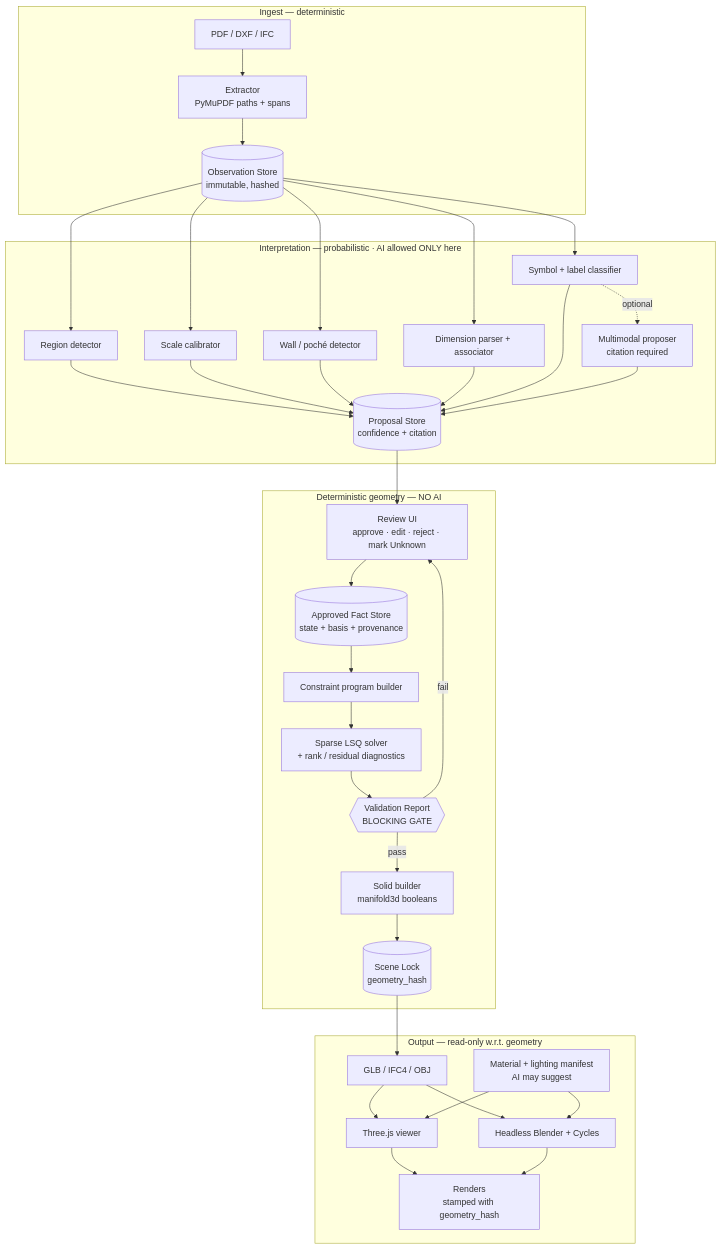
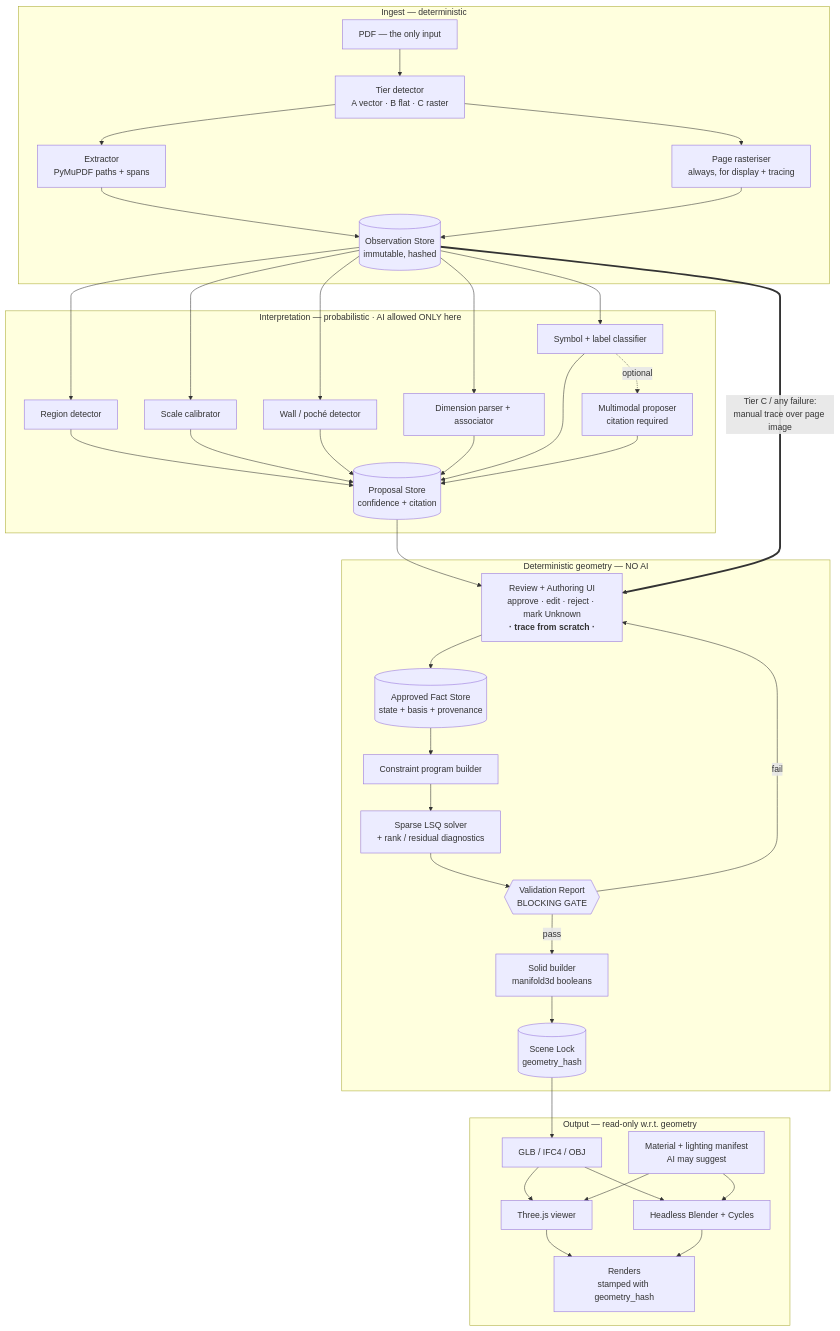
One commit to OrganizedMan/hello-world changed the diagram in docs/plan/pdf-to-3d-development-plan.md. Above: the diagram before and after it, drawn with Mermaid. The commit also changed other lines of this file, not shown here.

````diff
--- a/docs/plan/pdf-to-3d-development-plan.md
+++ b/docs/plan/pdf-to-3d-development-plan.md
@@ -101,37 +113,40 @@
 ```mermaid
 flowchart TB
     subgraph INGEST["Ingest — deterministic"]
-        PDF[PDF / DXF / IFC] --> EX[Extractor<br/>PyMuPDF paths + spans]
-        EX --> OBS[(Observation Store<br/>immutable, hashed)]
+        PDF[PDF — the only input] --> TIER[Tier detector<br/>A vector · B flat · C raster]
+        TIER --> EX[Extractor<br/>PyMuPDF paths + spans]
+        TIER --> RAS[Page rasteriser<br/>always, for display + tracing]
+        EX & RAS --> OBS[(Observation Store<br/>immutable, hashed)]
     end
 
     subgraph INTERP["Interpretation — probabilistic · AI allowed ONLY here"]
         OBS --> RD[Region detector]
         OBS --> CAL[Scale calibrator]
         OBS --> WD[Wall / poché detector]
         OBS --> DIM[Dimension parser + associator]
         OBS --> SYM[Symbol + label classifier]
         SYM -.optional.-> VLM[Multimodal proposer<br/>citation required]
         RD & CAL & WD & DIM & SYM & VLM --> PROP[(Proposal Store<br/>confidence + citation)]
     end
 
-    PROP --> REVIEW["Review UI<br/>approve · edit · reject · mark Unknown"]
+    PROP --> REVIEW["Review + Authoring UI<br/>approve · edit · reject · mark Unknown<br/><b>· trace from scratch ·</b>"]
+    OBS ==>|"Tier C / any failure:<br/>manual trace over page image"| REVIEW
     REVIEW --> FACTS[(Approved Fact Store<br/>state + basis + provenance)]
 
     subgraph DET["Deterministic geometry — NO AI"]
         FACTS --> CP[Constraint program builder]
         CP --> SOLVE[Sparse LSQ solver<br/>+ rank / residual diagnostics]
         SOLVE --> VR{{Validation Report<br/>BLOCKING GATE}}
         VR -->|pass| BUILD[Solid builder<br/>manifold3d booleans]
         VR -->|fail| REVIEW
         BUILD --> LOCK[(Scene Lock<br/>geometry_hash)]
     end
 
     subgraph OUT["Output — read-only w.r.t. geometry"]
         LOCK --> GLB[GLB / IFC4 / OBJ]
         GLB --> TJS[Three.js viewer]
         GLB --> CYC[Headless Blender + Cycles]
         MAT[Material + lighting manifest<br/>AI may suggest] --> TJS & CYC
         TJS & CYC --> IMG[Renders<br/>stamped with geometry_hash]
     end
 ```
````
